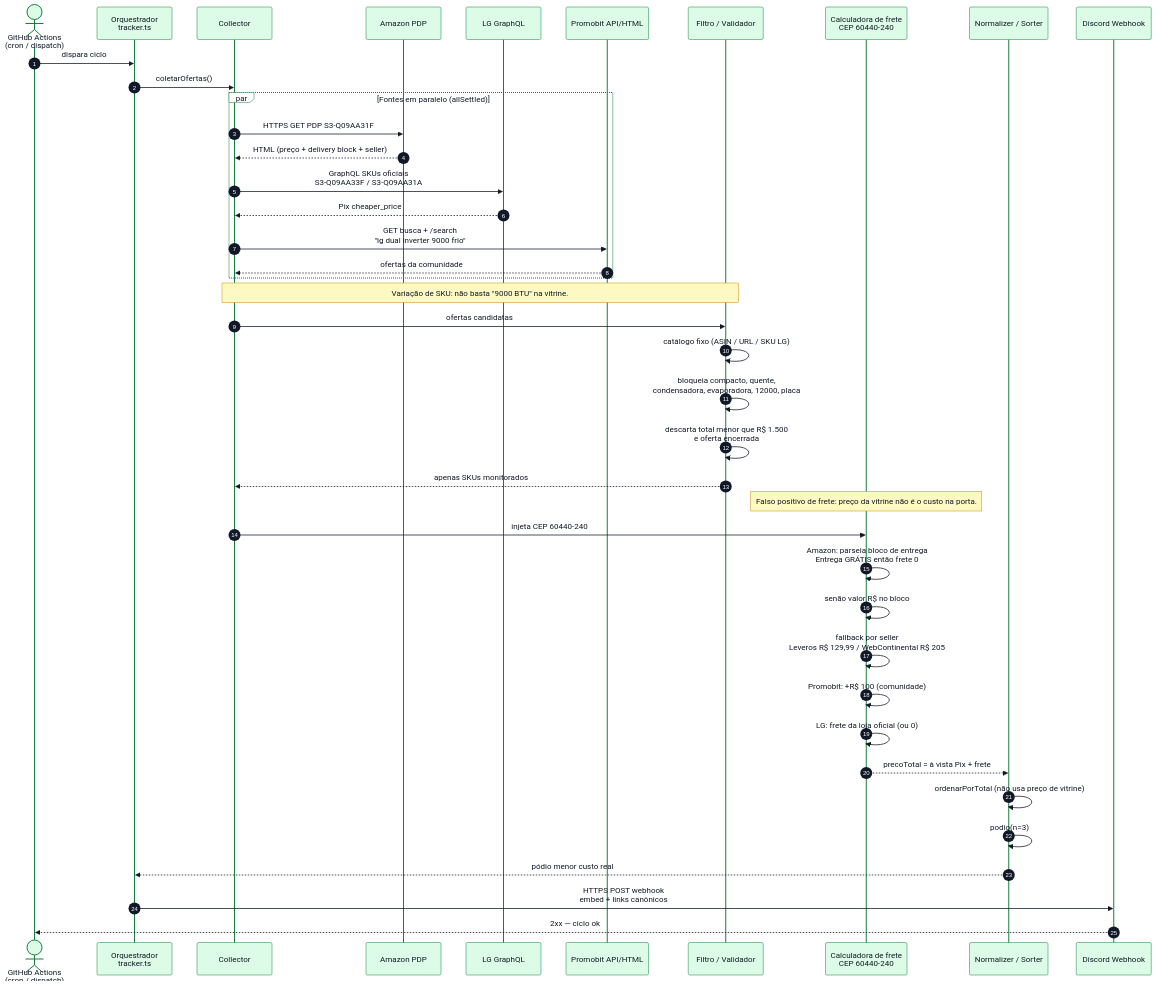
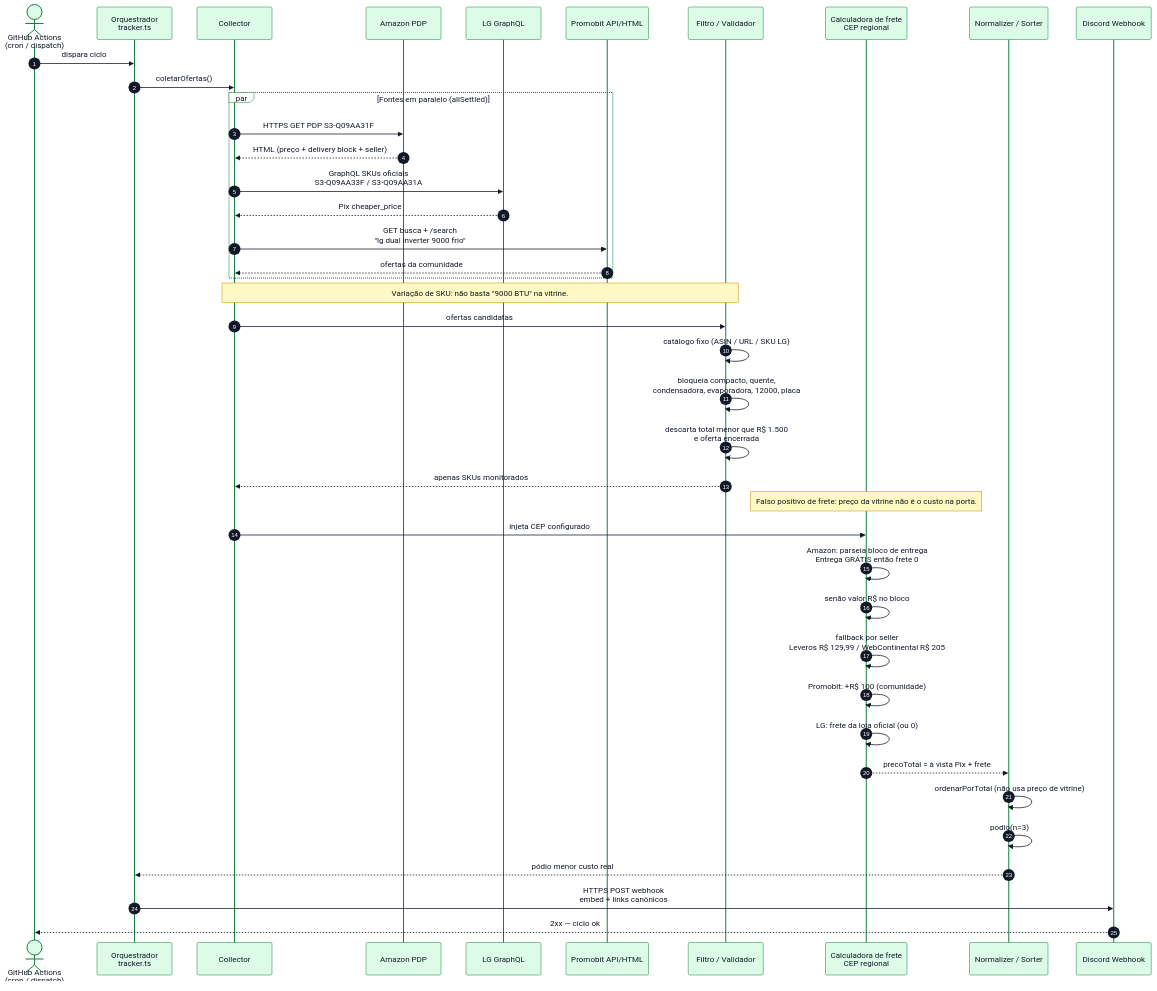
Before and after one commit to AdleyRodrigues/lg-price-tracker: the diagram in diagramas/02-sequencia-frete-sku.md, drawn with Mermaid. The commit also changed other lines of this file and 7 other files, not shown here.

````diff
--- a/diagramas/02-sequencia-frete-sku.md
+++ b/diagramas/02-sequencia-frete-sku.md
@@ -5,50 +5,50 @@
 ```mermaid
 %%{init: {"theme": "base", "themeVariables": {"darkMode": false, "background": "#ffffff", "primaryColor": "#dbeafe", "primaryTextColor": "#111827", "primaryBorderColor": "#1d4ed8", "lineColor": "#1f2937", "secondaryColor": "#fef3c7", "tertiaryColor": "#ffffff", "noteBkgColor": "#fef9c3", "noteTextColor": "#111827", "noteBorderColor": "#ca8a04", "actorBkg": "#dcfce7", "actorBorder": "#15803d", "actorTextColor": "#111827", "signalColor": "#111827", "signalTextColor": "#111827", "labelBoxBkgColor": "#ffffff", "labelTextColor": "#111827", "loopTextColor": "#111827", "activationBkgColor": "#bfdbfe", "sequenceNumberColor": "#ffffff", "fontFamily": "Segoe UI, sans-serif"}}}%%
 sequenceDiagram
     autonumber
     actor Cron as GitHub Actions<br/>(cron / dispatch)
     participant Orch as Orquestrador<br/>tracker.ts
     participant Col as Collector
     participant Amz as Amazon PDP
     participant LG as LG GraphQL
     participant Pb as Promobit API/HTML
     participant Filtro as Filtro / Validador
-    participant Frete as Calculadora de frete<br/>CEP 60440-240
+    participant Frete as Calculadora de frete<br/>CEP regional
     participant Rank as Normalizer / Sorter
     participant DC as Discord Webhook
 
     Cron->>Orch: dispara ciclo
     Orch->>Col: coletarOfertas()
 
     par Fontes em paralelo (allSettled)
         Col->>Amz: HTTPS GET PDP S3-Q09AA31F
         Amz-->>Col: HTML (preço + delivery block + seller)
         Col->>LG: GraphQL SKUs oficiais<br/>S3-Q09AA33F / S3-Q09AA31A
         LG-->>Col: Pix cheaper_price
         Col->>Pb: GET busca + /search<br/>"lg dual inverter 9000 frio"
         Pb-->>Col: ofertas da comunidade
     end
 
     Note over Col,Filtro: Variação de SKU: não basta "9000 BTU" na vitrine.
     Col->>Filtro: ofertas candidatas
     Filtro->>Filtro: catálogo fixo (ASIN / URL / SKU LG)
     Filtro->>Filtro: bloqueia compacto, quente,<br/>condensadora, evaporadora, 12000, placa
     Filtro->>Filtro: descarta total menor que R$ 1.500<br/>e oferta encerrada
     Filtro-->>Col: apenas SKUs monitorados
 
     Note over Frete: Falso positivo de frete: preço da vitrine não é o custo na porta.
-    Col->>Frete: injeta CEP 60440-240
+    Col->>Frete: injeta CEP configurado
     Frete->>Frete: Amazon: parseia bloco de entrega<br/>Entrega GRÁTIS então frete 0
     Frete->>Frete: senão valor R$ no bloco
     Frete->>Frete: fallback por seller<br/>Leveros R$ 129,99 / WebContinental R$ 205
     Frete->>Frete: Promobit: +R$ 100 (comunidade)
     Frete->>Frete: LG: frete da loja oficial (ou 0)
     Frete-->>Rank: precoTotal = à vista Pix + frete
 
     Rank->>Rank: ordenarPorTotal (não usa preço de vitrine)
     Rank->>Rank: podio(n=3)
     Rank-->>Orch: pódio menor custo real
 
     Orch->>DC: HTTPS POST webhook<br/>embed + links canônicos
     DC-->>Cron: 2xx — ciclo ok
 ```
````
